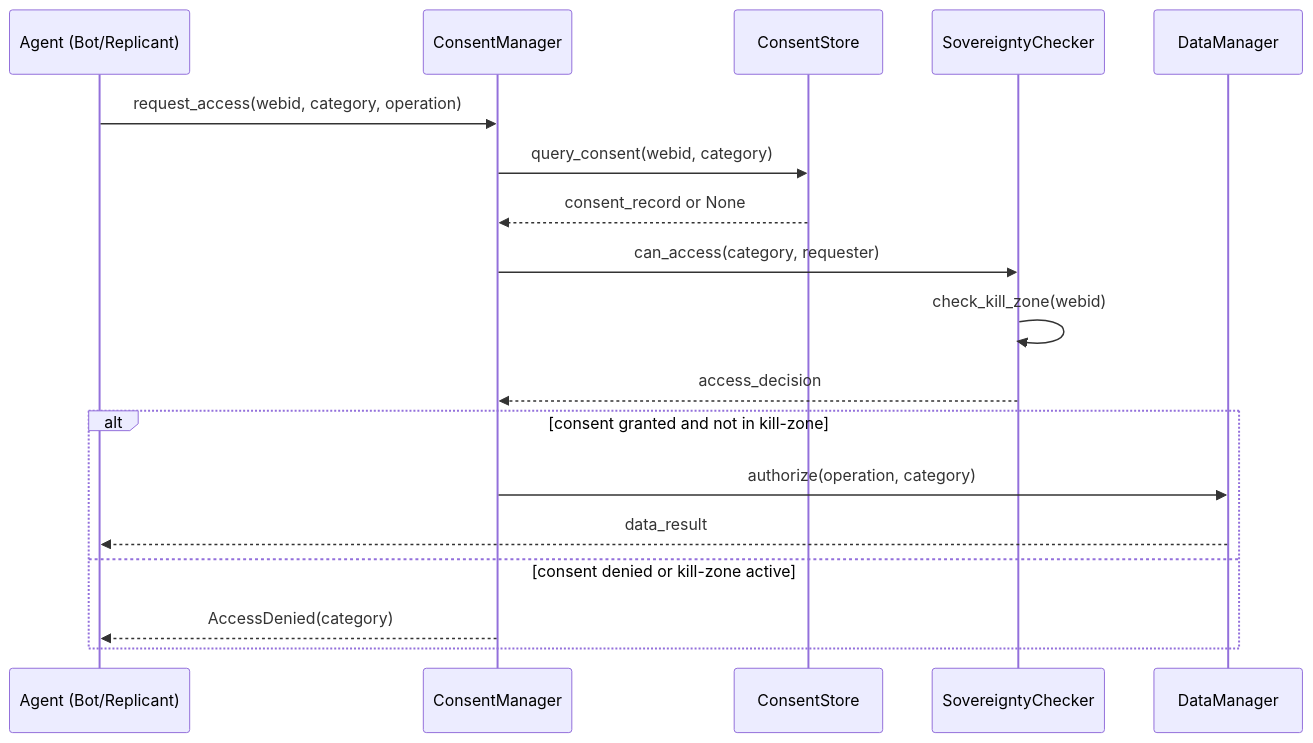
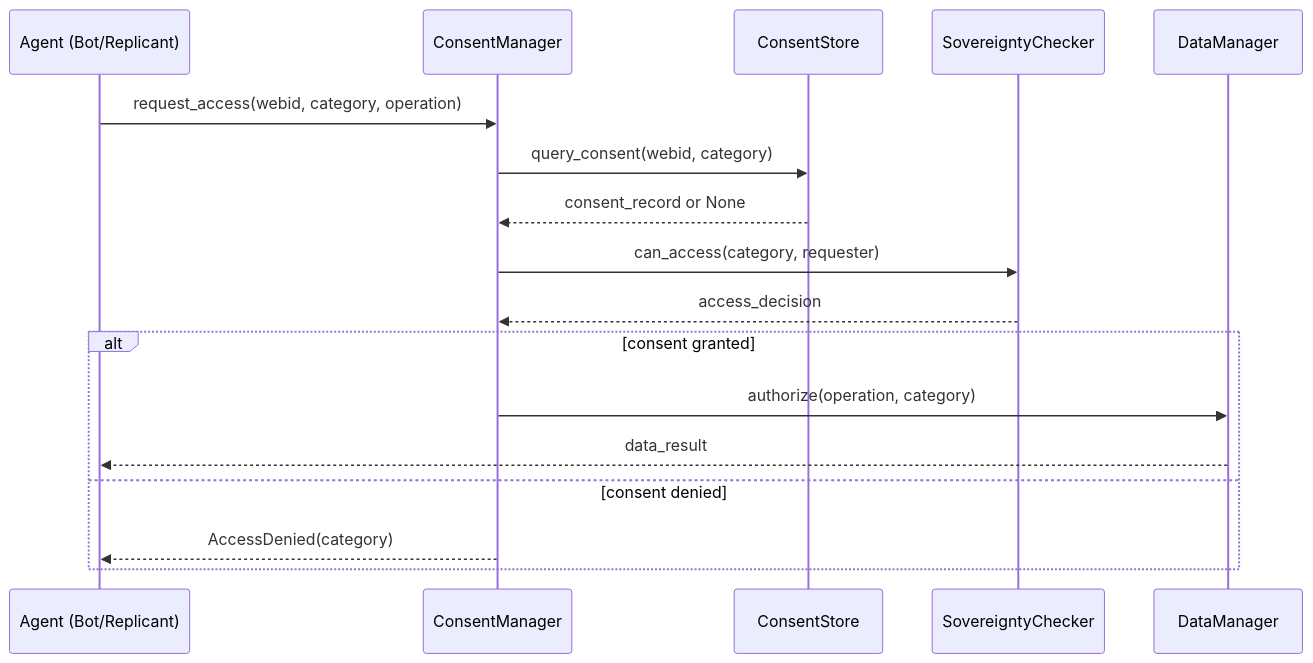
One commit to mdz-axo/hKask changed the first of 4 diagrams in docs/architecture/trust-security-observability.md. Above: the diagram before and after it, drawn with Mermaid. The commit also changed other lines of this file and 3 other files, not shown here.

````diff
--- a/docs/architecture/trust-security-observability.md
+++ b/docs/architecture/trust-security-observability.md
@@ -210,21 +210,20 @@
 ```mermaid
 sequenceDiagram
     participant AGT as Agent (Bot/Replicant)
     participant CM as ConsentManager
     participant CS as ConsentStore
     participant SC as SovereigntyChecker
     participant DM as DataManager
 
     AGT->>CM: request_access(webid, category, operation)
     CM->>CS: query_consent(webid, category)
     CS-->>CM: consent_record or None
     CM->>SC: can_access(category, requester)
-    SC->>SC: check_kill_zone(webid)
     SC-->>CM: access_decision
-    alt consent granted and not in kill-zone
+    alt consent granted
         CM->>DM: authorize(operation, category)
         DM-->>AGT: data_result
-    else consent denied or kill-zone active
+    else consent denied
         CM-->>AGT: AccessDenied(category)
     end
 ```
````
